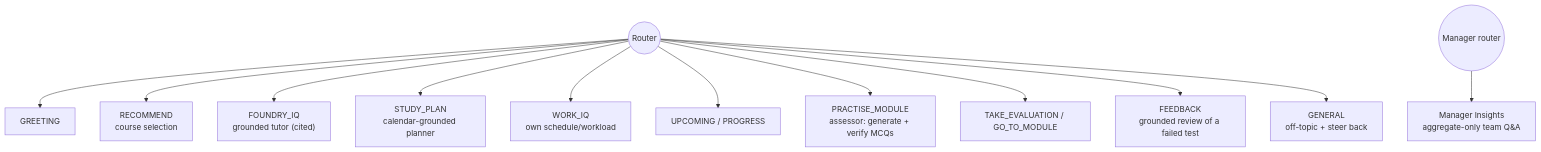
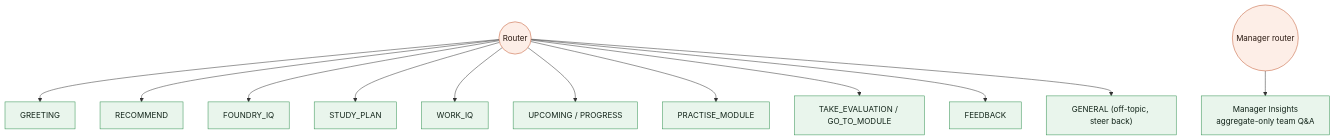
One commit to theCodeForgerHQ/msf-reasoning-agent changed the fifth of 11 diagrams in README.md. Above: the diagram before and after it, drawn with Mermaid. The commit also changed other lines of this file, not shown here.

Commit message:
docs: rebuild README with diagrams, demo video link, and team section

````diff
--- a/README.md
+++ b/README.md
@@ -242,15 +275,19 @@
 ```mermaid
 flowchart TD
-    R(("Router")) --> G["GREETING"]
-    R --> RC["RECOMMEND<br/>course selection"]
-    R --> F["FOUNDRY_IQ<br/>grounded tutor (cited)"]
-    R --> SP["STUDY_PLAN<br/>calendar-grounded planner"]
-    R --> W["WORK_IQ<br/>own schedule/workload"]
-    R --> U["UPCOMING / PROGRESS"]
-    R --> PR["PRACTISE_MODULE<br/>assessor: generate + verify MCQs"]
-    R --> EV["TAKE_EVALUATION / GO_TO_MODULE"]
-    R --> FB["FEEDBACK<br/>grounded review of a failed test"]
-    R --> GEN["GENERAL<br/>off-topic + steer back"]
+    classDef r fill:#fdeee7,stroke:#c0562f,color:#2b1a12
+    classDef a fill:#e9f5ec,stroke:#2f8f4e,color:#13251a
 
-    MGRR(("Manager router")) --> MI["Manager Insights<br/>aggregate-only team Q&A"]
+    R(("Router")):::r
+    R --> G["GREETING"]:::a
+    R --> RC["RECOMMEND"]:::a
+    R --> F["FOUNDRY_IQ"]:::a
+    R --> SP["STUDY_PLAN"]:::a
+    R --> W["WORK_IQ"]:::a
+    R --> UP["UPCOMING / PROGRESS"]:::a
+    R --> PR["PRACTISE_MODULE"]:::a
+    R --> EV["TAKE_EVALUATION / GO_TO_MODULE"]:::a
+    R --> FB["FEEDBACK"]:::a
+    R --> GE["GENERAL (off-topic, steer back)"]:::a
+
+    MR(("Manager router")):::r --> MI["Manager Insights<br/>aggregate-only team Q&A"]:::a
 ```
````
